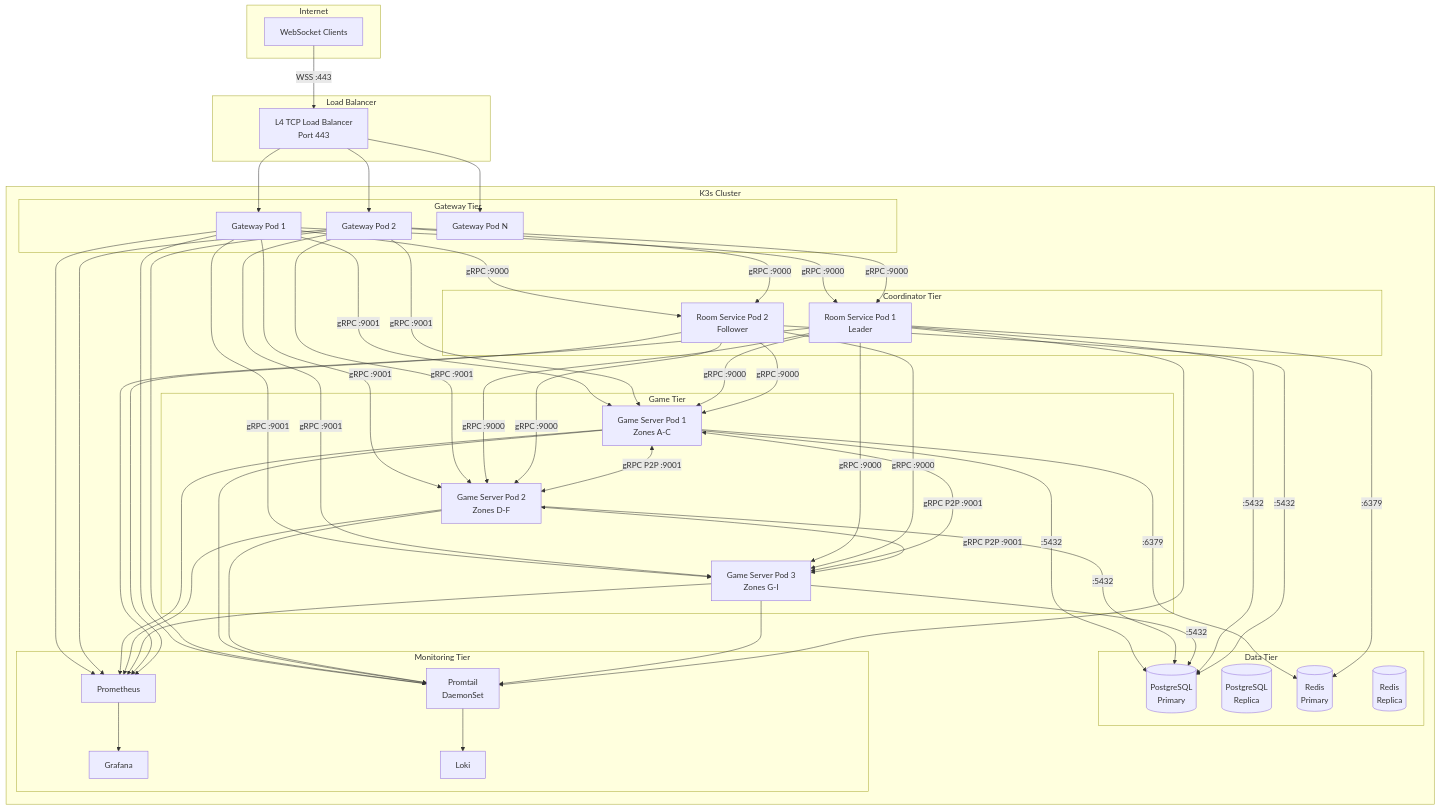
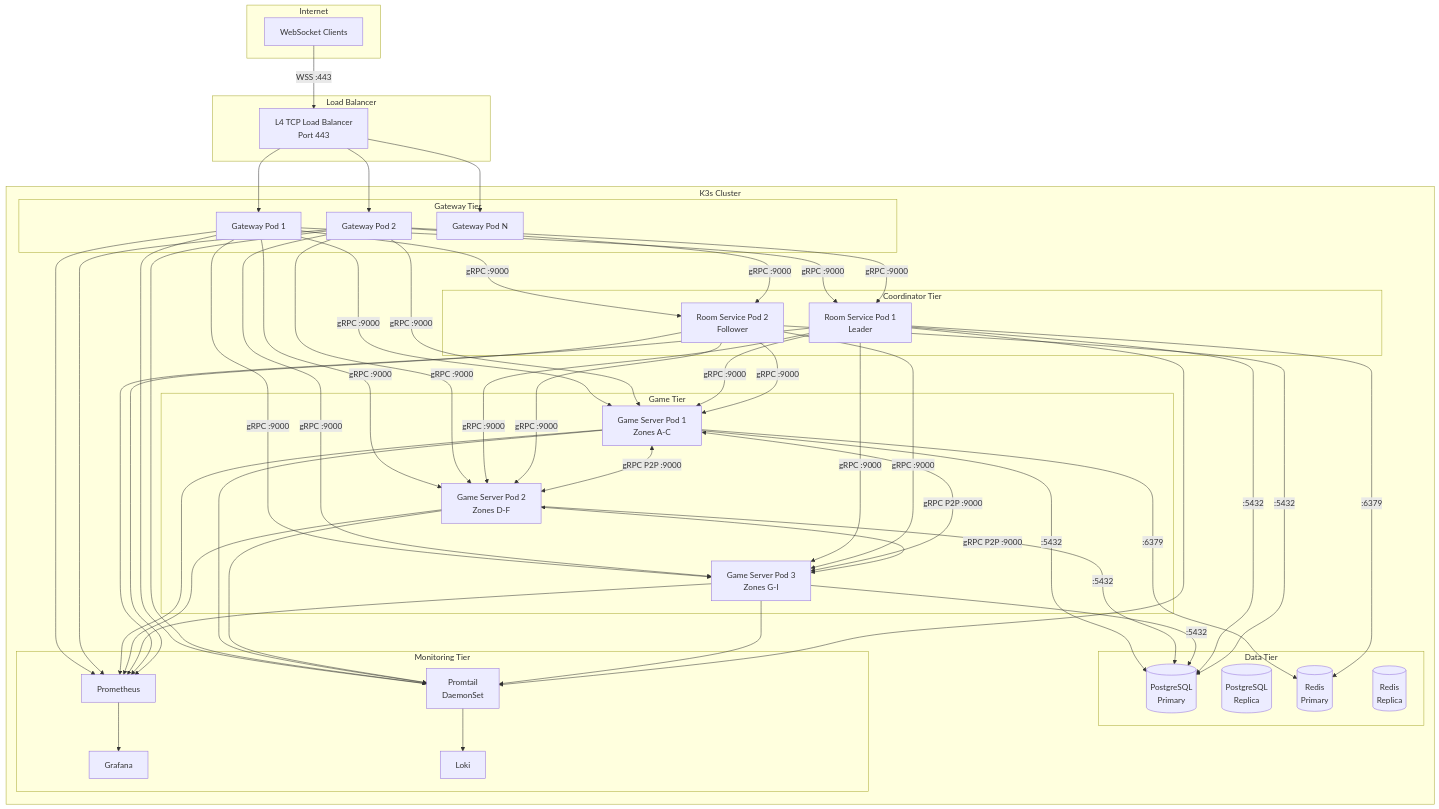
The diagram in docs/diagrams/deployment.md (thaolaptrinh/spatial-server), drawn with Mermaid before and after one commit. The commit also changed other lines of this file and 46 other files, not shown here.

First line of the commit message:
docs: comprehensive audit fix — ports, config, JWT, ADR contradictions, repo structure, security, roadmap, CI

```diff
--- a/docs/diagrams/deployment.md
+++ b/docs/diagrams/deployment.md
@@ -57,12 +61,12 @@
     GW2 -->|gRPC :9000| RS1
     GW2 -->|gRPC :9000| RS2
 
-    GW1 -->|gRPC :9001| GS1
-    GW1 -->|gRPC :9001| GS2
-    GW1 -->|gRPC :9001| GS3
-    GW2 -->|gRPC :9001| GS1
-    GW2 -->|gRPC :9001| GS2
-    GW2 -->|gRPC :9001| GS3
+    GW1 -->|gRPC :9000| GS1
+    GW1 -->|gRPC :9000| GS2
+    GW1 -->|gRPC :9000| GS3
+    GW2 -->|gRPC :9000| GS1
+    GW2 -->|gRPC :9000| GS2
+    GW2 -->|gRPC :9000| GS3
 
     RS1 -->|gRPC :9000| GS1
     RS1 -->|gRPC :9000| GS2
@@ -71,9 +75,9 @@
     RS2 -->|gRPC :9000| GS2
     RS2 -->|gRPC :9000| GS3
 
-    GS1 <-->|gRPC P2P :9001| GS2
-    GS1 <-->|gRPC P2P :9001| GS3
-    GS2 <-->|gRPC P2P :9001| GS3
+    GS1 <-->|gRPC P2P :9000| GS2
+    GS1 <-->|gRPC P2P :9000| GS3
+    GS2 <-->|gRPC P2P :9000| GS3
 
     GS1 -->|:5432| PG1
     GS2 -->|:5432| PG1
```
